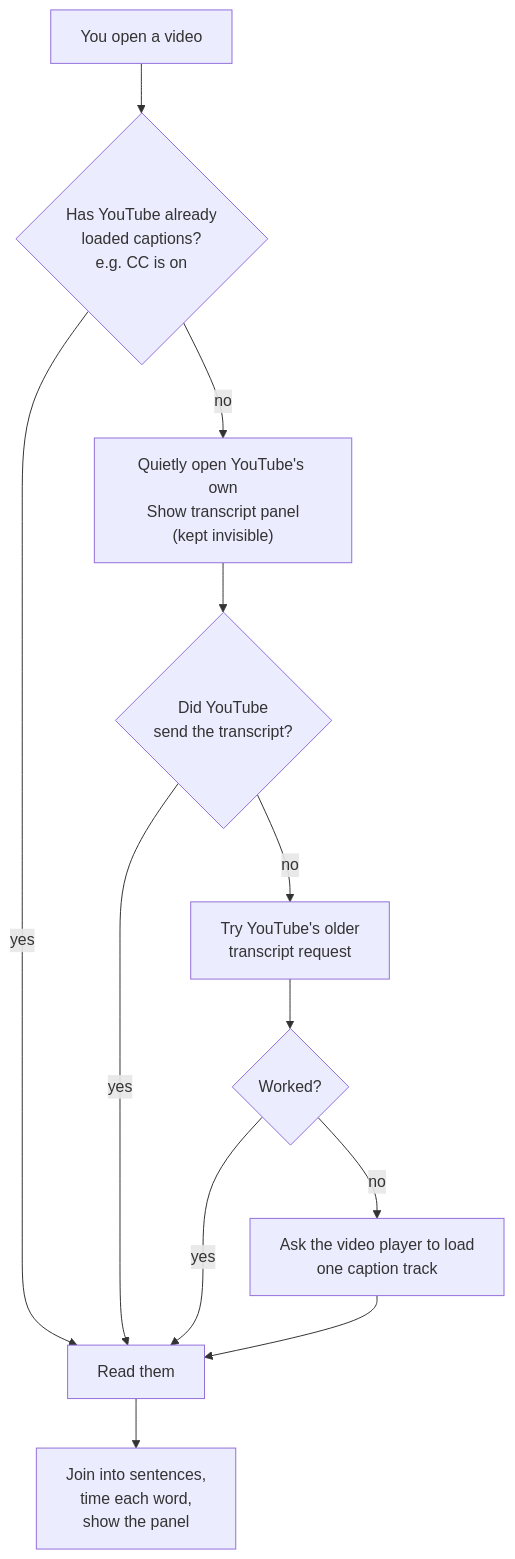
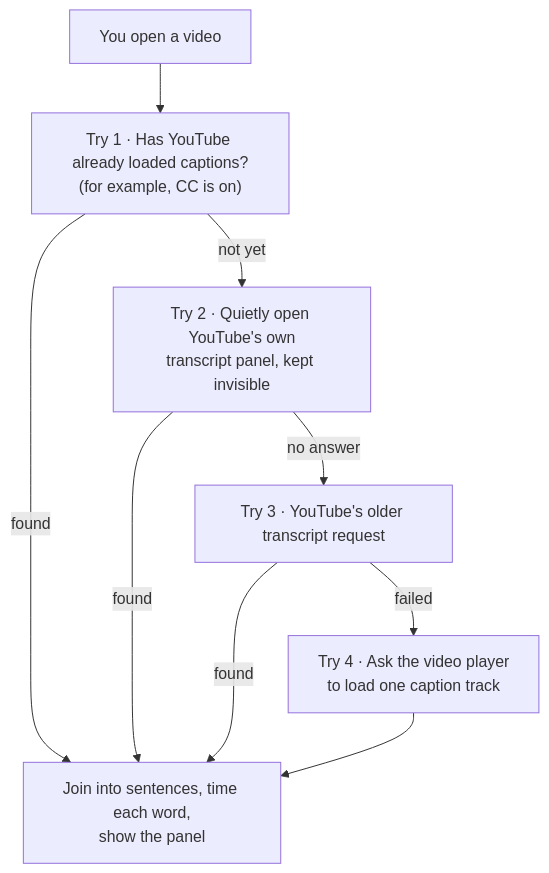
The fourth of 6 diagrams in README.md (binhphuong-ab/YouTubeStudyMode), drawn with Mermaid before and after one commit.

Commit message:
README: make the transcript diagram compact

````diff
--- a/README.md
+++ b/README.md
@@ -242,14 +242,11 @@
 ```mermaid
 flowchart TD
-    A["You open a video"] --> B{"Has YouTube already<br/>loaded captions?<br/>e.g. CC is on"}
-    B -- yes --> R["Read them"]
-    B -- no --> C["Quietly open YouTube's own<br/>Show transcript panel<br/>(kept invisible)"]
-    C --> D{"Did YouTube<br/>send the transcript?"}
-    D -- yes --> R
-    D -- no --> E["Try YouTube's older<br/>transcript request"]
-    E --> F{"Worked?"}
-    F -- yes --> R
-    F -- no --> G["Ask the video player to load<br/>one caption track"]
-    G --> R
-    R --> P["Join into sentences,<br/>time each word,<br/>show the panel"]
+    A["You open a video"] --> T1["Try 1 · Has YouTube already loaded captions?<br/>(for example, CC is on)"]
+    T1 -- "not yet" --> T2["Try 2 · Quietly open YouTube's own<br/>transcript panel, kept invisible"]
+    T2 -- "no answer" --> T3["Try 3 · YouTube's older transcript request"]
+    T3 -- "failed" --> T4["Try 4 · Ask the video player<br/>to load one caption track"]
+    T1 -- "found" --> R["Join into sentences, time each word,<br/>show the panel"]
+    T2 -- "found" --> R
+    T3 -- "found" --> R
+    T4 --> R
 ```
````
